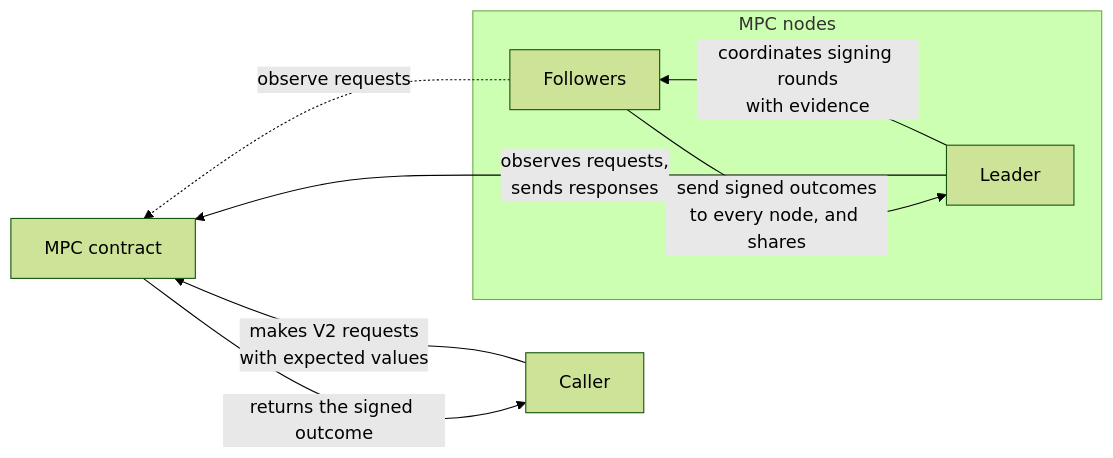
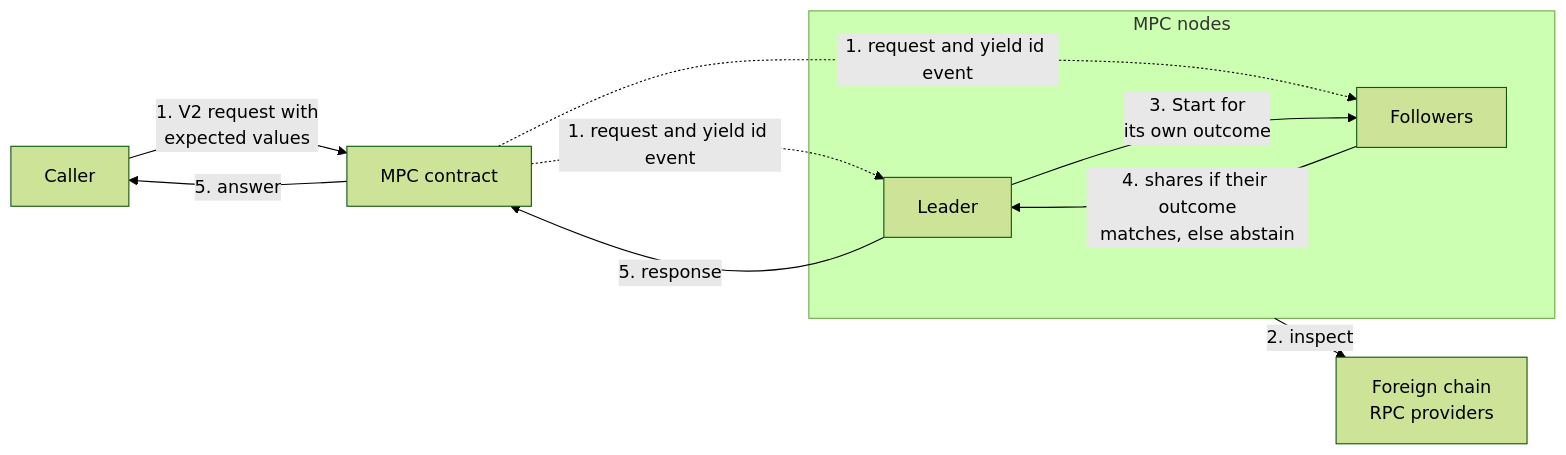
The diagram in docs/design/signed-foreign-transaction-outcomes/attachments/overview.mmd (near/mpc), drawn with Mermaid (forest theme) before and after one commit. The commit also changed 6 other files, not shown here.

First line of the commit message:
docs: sign each leader's own outcome in the signed outcomes design

```diff
--- a/docs/design/signed-foreign-transaction-outcomes/attachments/overview.mmd
+++ b/docs/design/signed-foreign-transaction-outcomes/attachments/overview.mmd
@@ -1,9 +1,11 @@
-flowchart RL
-    C["Caller"] -->|"makes V2 requests<br/>with expected values"| K["MPC contract"]
-    K -->|"returns the signed outcome"| C
+flowchart LR
+    C["Caller"] -->|"1. V2 request with<br/>expected values"| K["MPC contract"]
+    K -->|"5. answer"| C
+    K -.->|"1. request and yield id event"| L
+    K -.->|"1. request and yield id event"| F
     subgraph N["MPC nodes"]
-        L["Leader"] -->|"coordinates signing rounds<br/>with evidence"| F["Followers"]
-        F -->|"send signed outcomes<br/>to every node, and shares"| L
+        L["Leader"] -->|"3. Start for<br/>its own outcome"| F["Followers"]
+        F -->|"4. shares if their outcome<br/>matches, else abstain"| L
     end
-    L -->|"observes requests,<br/>sends responses"| K
-    F -.->|"observe requests"| K
+    N -->|"2. inspect"| P["Foreign chain<br/>RPC providers"]
+    L -->|"5. response"| K
```
